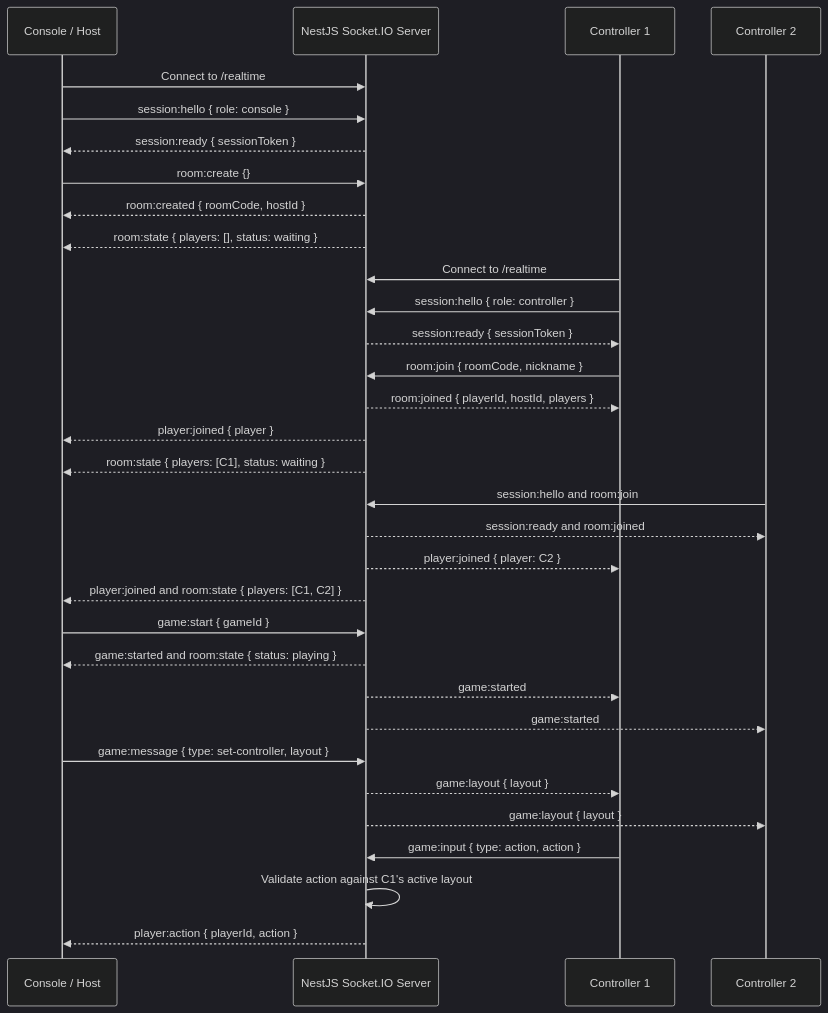
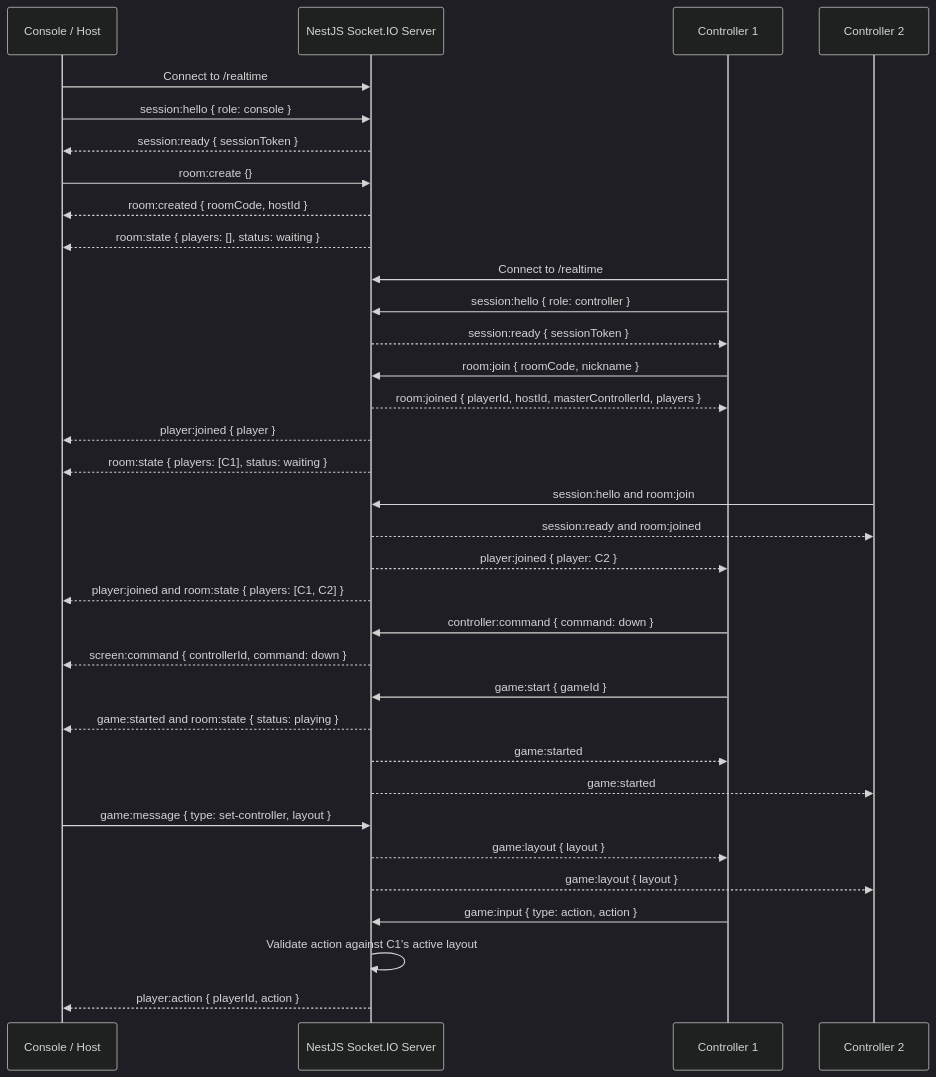
The diagram in apps/server/docs/connection-lifecycle.md (BevyOnYourTV/Main_app), drawn with Mermaid (dark theme) before and after one commit. The commit also changed other lines of this file and 6 other files, not shown here.

First line of the commit message:
feat(server): Add master controller controls

````diff
--- a/apps/server/docs/connection-lifecycle.md
+++ b/apps/server/docs/connection-lifecycle.md
@@ -29,38 +29,40 @@
 ```mermaid
 sequenceDiagram
     participant H as Console / Host
     participant S as NestJS Socket.IO Server
     participant C1 as Controller 1
     participant C2 as Controller 2
 
     H->>S: Connect to /realtime
     H->>S: session:hello { role: console }
     S-->>H: session:ready { sessionToken }
     H->>S: room:create {}
     S-->>H: room:created { roomCode, hostId }
     S-->>H: room:state { players: [], status: waiting }
 
     C1->>S: Connect to /realtime
     C1->>S: session:hello { role: controller }
     S-->>C1: session:ready { sessionToken }
     C1->>S: room:join { roomCode, nickname }
-    S-->>C1: room:joined { playerId, hostId, players }
+    S-->>C1: room:joined { playerId, hostId, masterControllerId, players }
     S-->>H: player:joined { player }
     S-->>H: room:state { players: [C1], status: waiting }
 
     C2->>S: session:hello and room:join
     S-->>C2: session:ready and room:joined
     S-->>C1: player:joined { player: C2 }
     S-->>H: player:joined and room:state { players: [C1, C2] }
 
-    H->>S: game:start { gameId }
+    C1->>S: controller:command { command: down }
+    S-->>H: screen:command { controllerId, command: down }
+    C1->>S: game:start { gameId }
     S-->>H: game:started and room:state { status: playing }
     S-->>C1: game:started
     S-->>C2: game:started
     H->>S: game:message { type: set-controller, layout }
     S-->>C1: game:layout { layout }
     S-->>C2: game:layout { layout }
     C1->>S: game:input { type: action, action }
     S->>S: Validate action against C1's active layout
     S-->>H: player:action { playerId, action }
 ```
````
